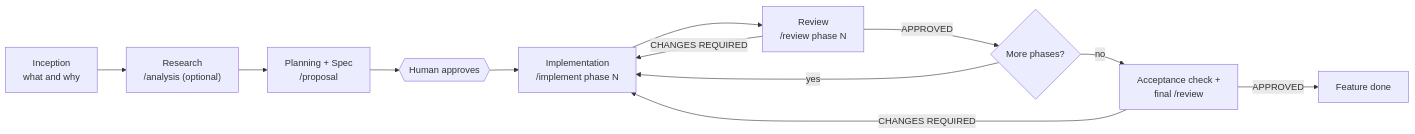
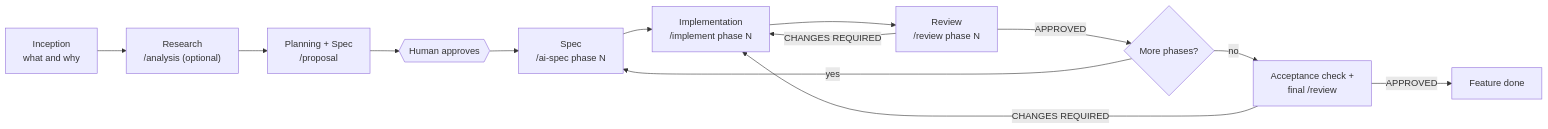
The diagram in docs/methodology.md (oscarks/spectionflow), drawn with Mermaid before and after one commit. The commit also changed other lines of this file and 9 other files, not shown here.

Commit message:
Add ai-spec skill; proposal becomes roadmap, implement/review/pipeline consume AI-SPEC; docs updated

````diff
--- a/docs/methodology.md
+++ b/docs/methodology.md
@@ -44,14 +44,15 @@
 ```mermaid
 flowchart LR
     I["Inception<br/>what and why"] --> R["Research<br/>/analysis (optional)"]
     R --> P["Planning + Spec<br/>/proposal"]
     P --> A{{"Human approves"}}
-    A --> M["Implementation<br/>/implement phase N"]
+    A --> S["Spec<br/>/ai-spec phase N"]
+    S --> M["Implementation<br/>/implement phase N"]
     M --> V["Review<br/>/review phase N"]
     V -->|CHANGES REQUIRED| M
     V -->|APPROVED| N{"More phases?"}
-    N -->|yes| M
+    N -->|yes| S
     N -->|no| F["Acceptance check +<br/>final /review"]
     F -->|CHANGES REQUIRED| M
     F -->|APPROVED| D["Feature done"]
 ```
````
